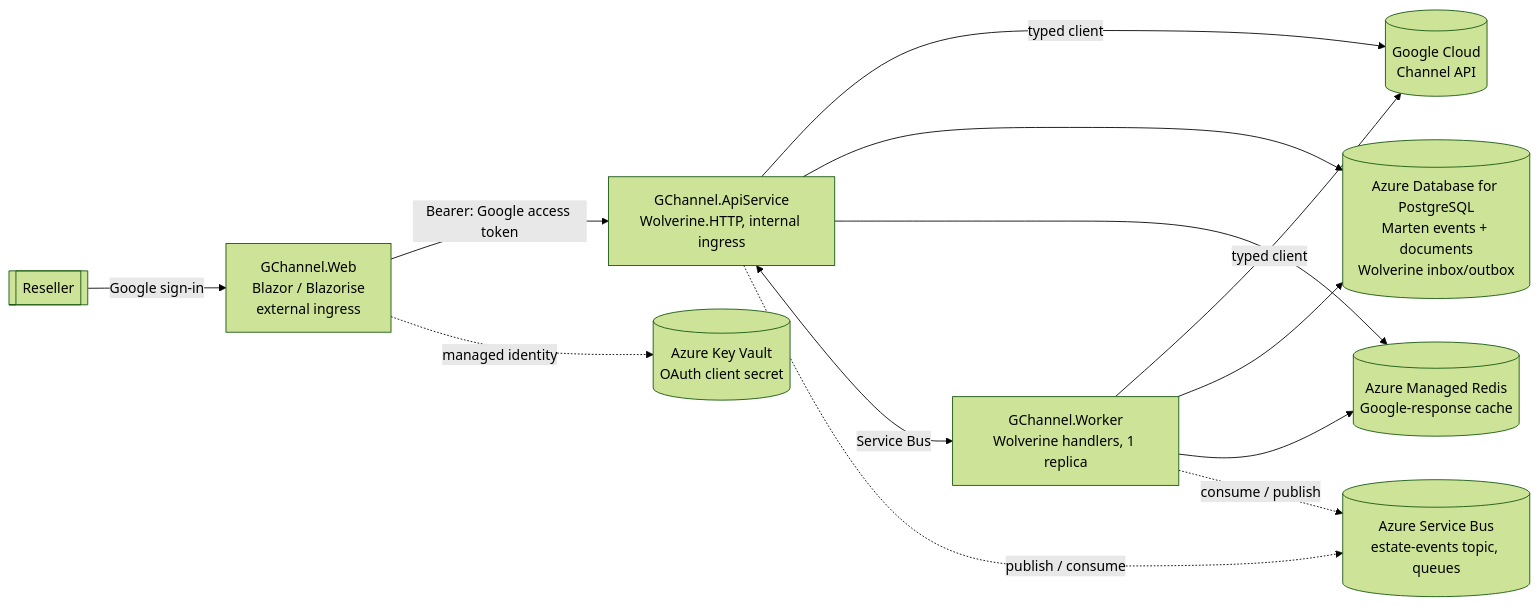
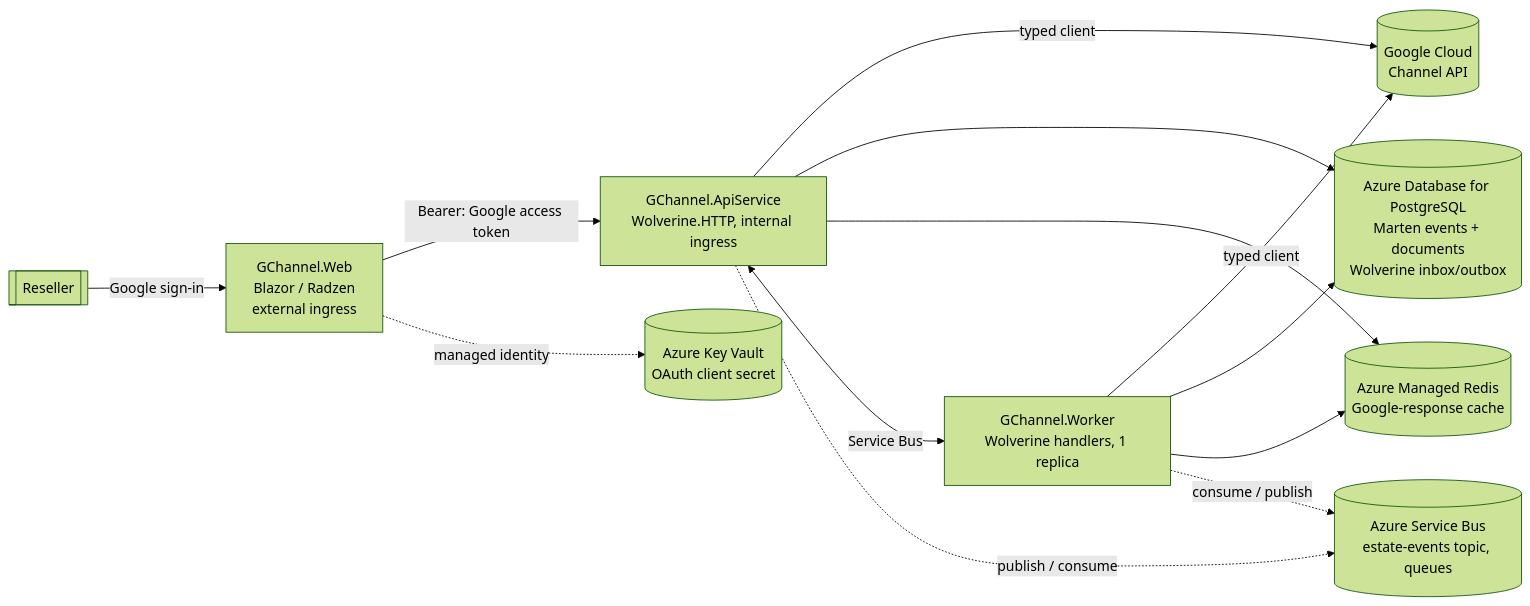
One commit to tdsnxnielsen-mikkelbach/GChannel changed the diagram in docs/architecture.md. Above: the diagram before and after it, drawn with Mermaid (forest theme). The commit also changed other lines of this file and 54 other files, not shown here.

First line of the commit message:
Replace Blazorise with Radzen Blazor in the Web UI

````diff
--- a/docs/architecture.md
+++ b/docs/architecture.md
@@ -40,15 +40,15 @@
 ```mermaid
 flowchart LR
-    User[[Reseller]] -- Google sign-in --> Web[GChannel.Web<br/>Blazor / Blazorise<br/>external ingress]
+    User[[Reseller]] -- Google sign-in --> Web[GChannel.Web<br/>Blazor / Radzen<br/>external ingress]
     Web -- Bearer: Google access token --> Api[GChannel.ApiService<br/>Wolverine.HTTP, internal ingress]
     Api -- typed client --> Google[(Google Cloud<br/>Channel API)]
     Worker[GChannel.Worker<br/>Wolverine handlers, 1 replica] -- typed client --> Google
     Api --> Pg[(Azure Database for PostgreSQL<br/>Marten events + documents<br/>Wolverine inbox/outbox)]
     Api --> Redis[(Azure Managed Redis<br/>Google-response cache)]
     Api <-- Service Bus --> Worker
     Worker --> Pg
     Worker --> Redis
     Api -. publish / consume .-> Sb[(Azure Service Bus<br/>estate-events topic, queues)]
     Worker -. consume / publish .-> Sb
     Web -. managed identity .-> Kv[(Azure Key Vault<br/>OAuth client secret)]
 ```
````
